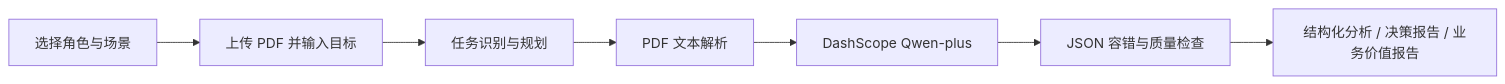
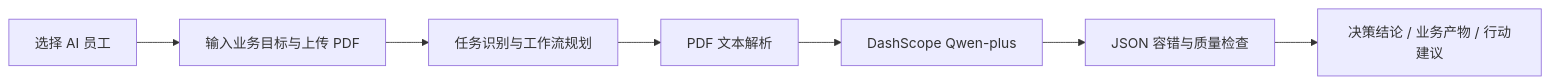
One commit to w1691721871-ui/AI-Literature changed the diagram in README.md. Above: the diagram before and after it, drawn with Mermaid. The commit also changed other lines of this file and 8 other files, not shown here.

````diff
--- a/README.md
+++ b/README.md
@@ -29,9 +35,9 @@
 ```mermaid
 flowchart LR
-    A[选择角色与场景] --> B[上传 PDF 并输入目标]
-    B --> C[任务识别与规划]
+    A[选择 AI 员工] --> B[输入业务目标与上传 PDF]
+    B --> C[任务识别与工作流规划]
     C --> D[PDF 文本解析]
     D --> E[DashScope Qwen-plus]
     E --> F[JSON 容错与质量检查]
-    F --> G[结构化分析 / 决策报告 / 业务价值报告]
+    F --> G[决策结论 / 业务产物 / 行动建议]
 ```
````
